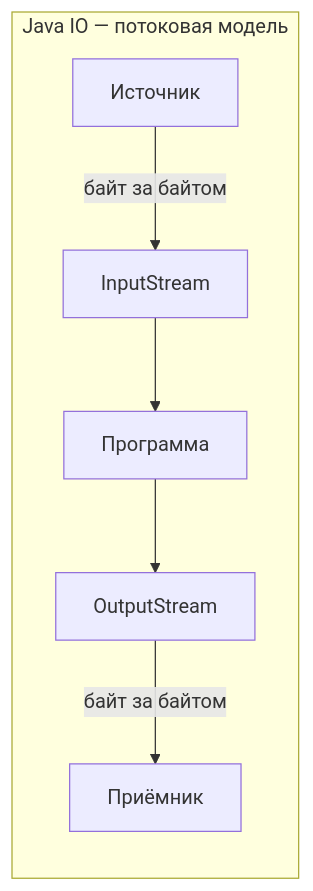
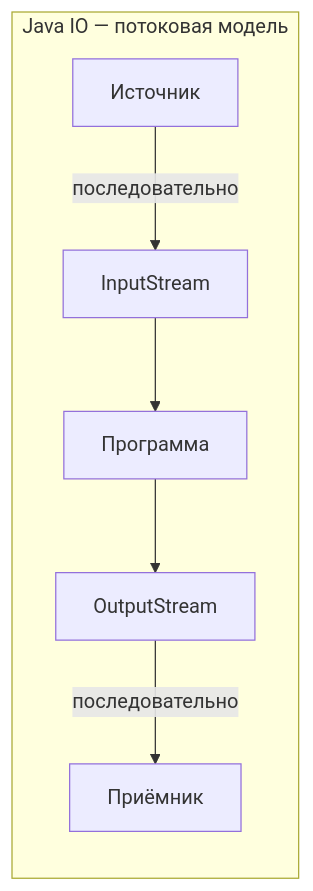
One commit to akeverus/cheat-sheet changed the first of 12 diagrams in cheatsheets/interview/programming-languages/java/java-io-nio-interview.md. Above: the diagram before and after it, drawn with Mermaid. The commit also changed other lines of this file and 154 other files, not shown here.

````diff
--- a/cheatsheets/interview/programming-languages/java/java-io-nio-interview.md
+++ b/cheatsheets/interview/programming-languages/java/java-io-nio-interview.md
@@ -113,9 +113,9 @@
 ```mermaid
 graph LR
     subgraph "Java IO — потоковая модель"
-        A[Источник] -->|байт за байтом| B[InputStream]
+        A[Источник] -->|последовательно| B[InputStream]
         B --> C[Программа]
         C --> D[OutputStream]
-        D -->|байт за байтом| E[Приёмник]
+        D -->|последовательно| E[Приёмник]
     end
 ```
````
